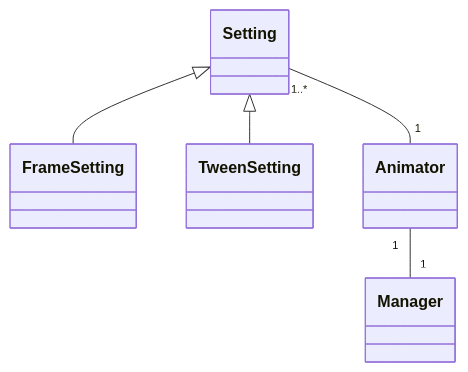
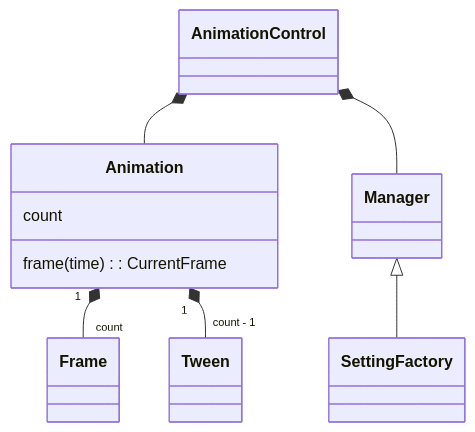
Before and after one commit to Peikkohi/ot-harjoitustyo: the second of 3 diagrams in tween-animation-app/dokumentaatio/arkkitehtuuri.md, drawn with Mermaid. The commit also changed other lines of this file and 2 other files, not shown here.

````diff
--- a/tween-animation-app/dokumentaatio/arkkitehtuuri.md
+++ b/tween-animation-app/dokumentaatio/arkkitehtuuri.md
@@ -3,7 +24,12 @@
 ```mermaid
 classDiagram
-Setting <|-- FrameSetting
-Setting <|-- TweenSetting
-Setting "1..*" -- "1" Animator
-Animator "1" -- "1" Manager
+    AnimationControl *-- Animation
+    AnimationControl *-- Manager
+    Manager <|-- SettingFactory
+    class Animation {
+        count
+        frame(time): CurrentFrame
+    }
+    Animation "1" *-- "count" Frame
+    Animation "1" *-- "count - 1" Tween
 ```
````
